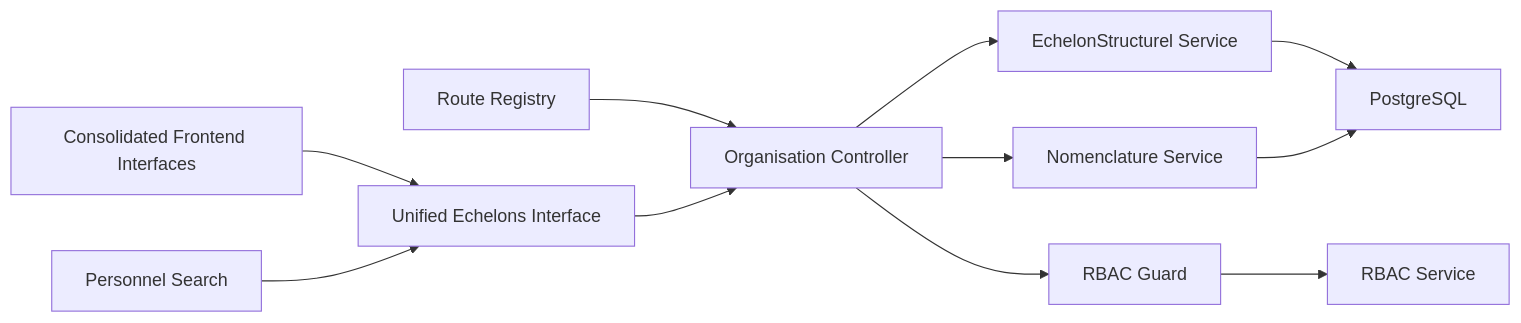
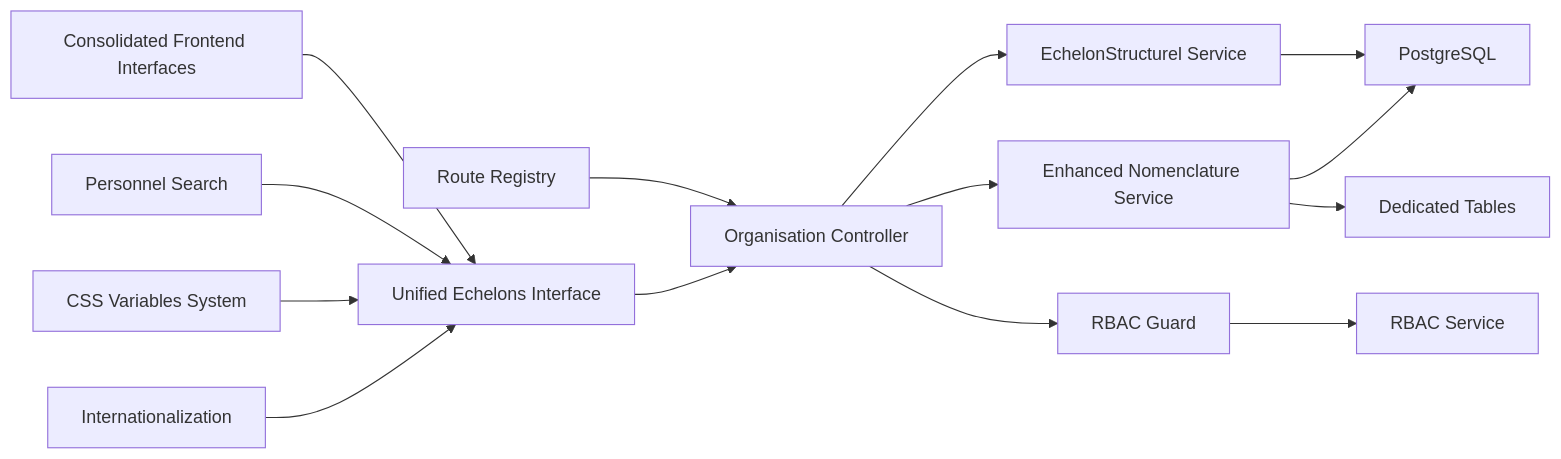
One commit to franckylab/eLISAschool changed the ninth of 9 diagrams in .qoder/repowiki/en/content/Human Resources Management/Personnel Administration/Organizational Structure.md. Above: the diagram before and after it, drawn with Mermaid. The commit also changed other lines of this file and 455 other files, not shown here.

````diff
--- a/.qoder/repowiki/en/content/Human Resources Management/Personnel Administration/Organizational Structure.md
+++ b/.qoder/repowiki/en/content/Human Resources Management/Personnel Administration/Organizational Structure.md
@@ -410,13 +453,16 @@
 ```mermaid
 graph LR
 Route["Route Registry"] --> OrgCtrl["Organisation Controller"]
 OrgCtrl --> EchelonSvc["EchelonStructurel Service"]
-OrgCtrl --> NomenclatureSvc["Nomenclature Service"]
+OrgCtrl --> NomenclatureSvc["Enhanced Nomenclature Service"]
 EchelonSvc --> DB["PostgreSQL"]
 NomenclatureSvc --> DB
+NomenclatureSvc --> NomenclatureTables["Dedicated Tables"]
 OrgCtrl --> RbacGuard["RBAC Guard"]
 RbacGuard --> RbacSvc["RBAC Service"]
 Frontend["Consolidated Frontend Interfaces"] --> UnifiedInterface["Unified Echelons Interface"]
 UnifiedInterface --> OrgCtrl
 PersonnelSearch["Personnel Search"] --> UnifiedInterface
+CSSVariables["CSS Variables System"] --> UnifiedInterface
+I18nSupport["Internationalization"] --> UnifiedInterface
 ```
````
